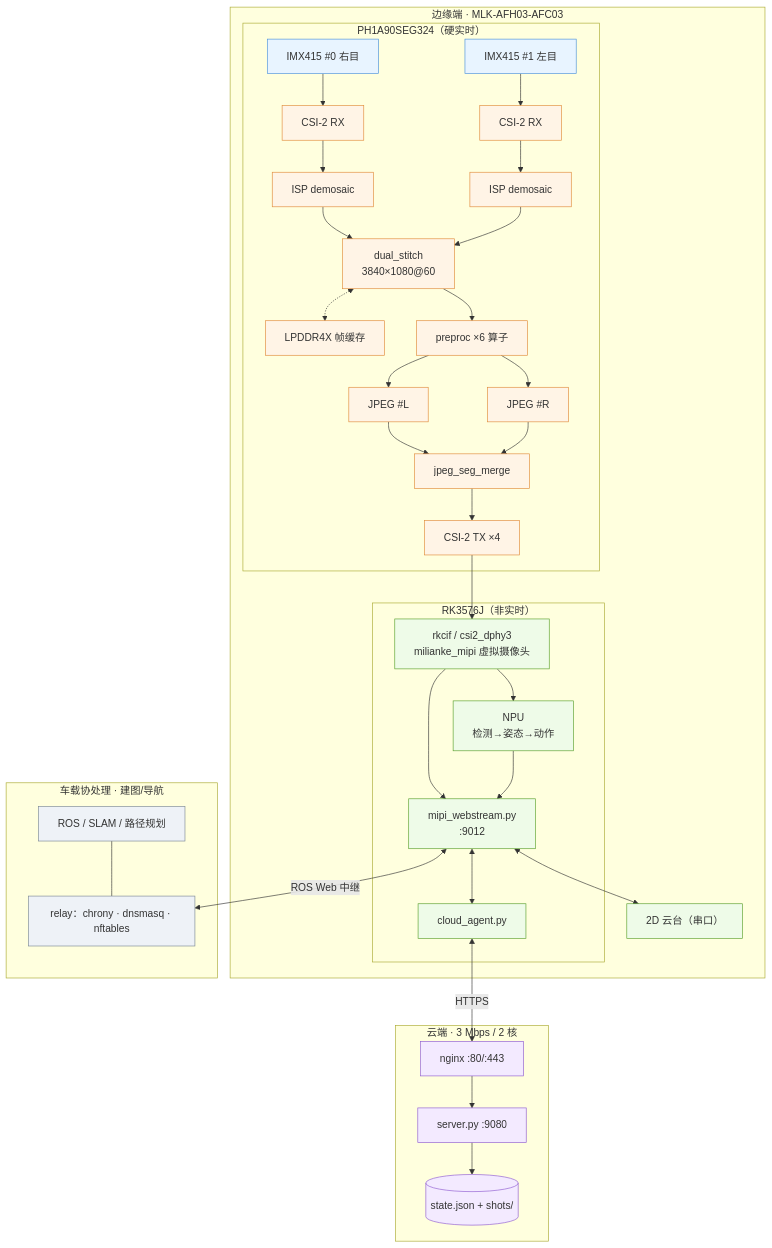
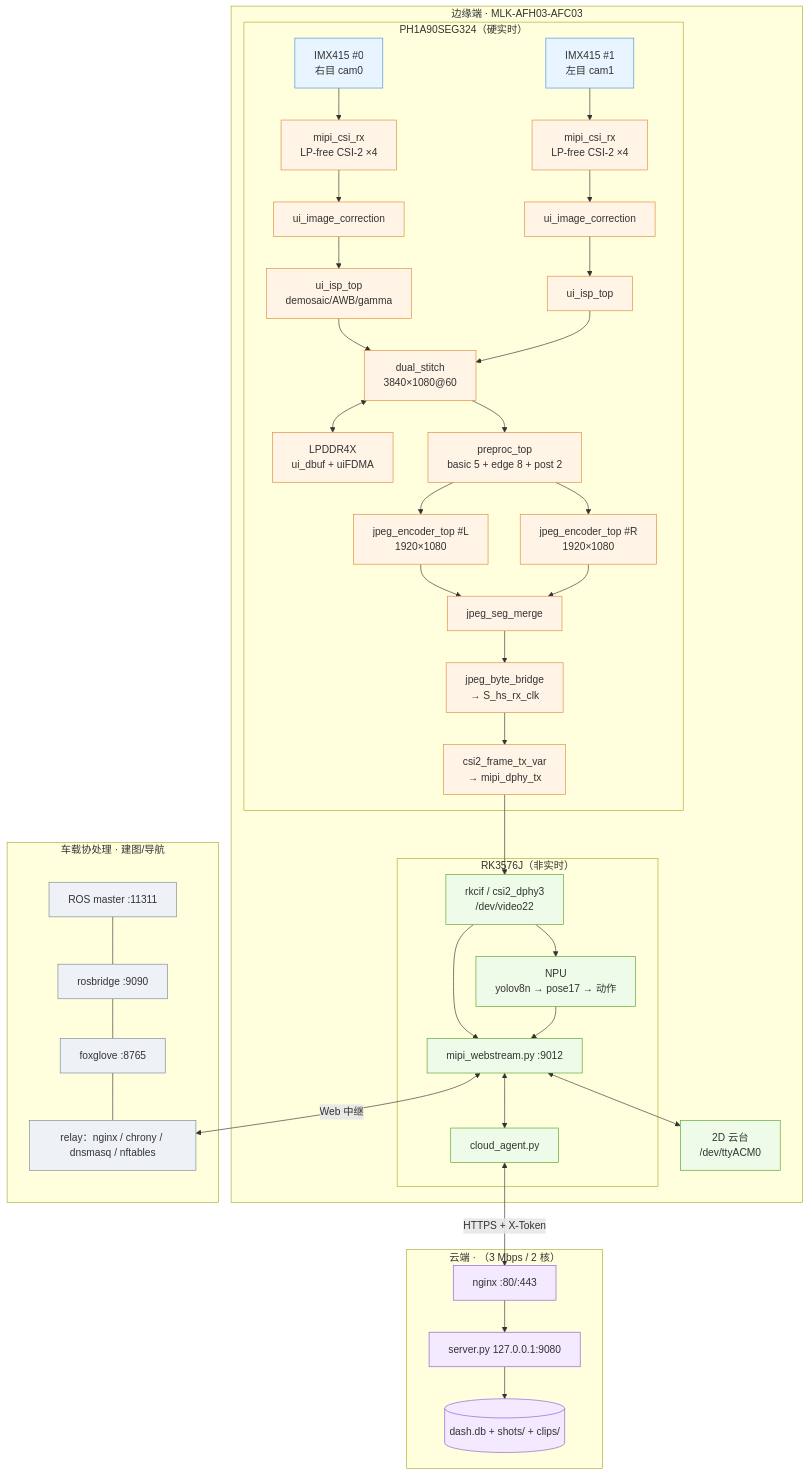
Before and after one commit to SHIKE888/CPA-Cloud-Patrol-Alarm: the diagram in README.md, drawn with Mermaid. The commit also changed other lines of this file, not shown here.

````diff
--- a/README.md
+++ b/README.md
@@ -31,45 +33,50 @@
 ```mermaid
 flowchart TB
     subgraph EDGE["边缘端 · MLK-AFH03-AFC03"]
         subgraph FP["PH1A90SEG324（硬实时）"]
-            S0["IMX415 #0 右目"]:::s --> R0["CSI-2 RX"]:::f --> I0["ISP demosaic"]:::f
-            S1["IMX415 #1 左目"]:::s --> R1["CSI-2 RX"]:::f --> I1["ISP demosaic"]:::f
-            I0 --> ST["dual_stitch<br/>3840×1080@60"]:::f
-            I1 --> ST
-            ST <-.-> DDR["LPDDR4X 帧缓存"]:::f
-            ST --> PRE["preproc ×6 算子"]:::f
-            PRE --> JL["JPEG #L"]:::f
-            PRE --> JR["JPEG #R"]:::f
+            S0["IMX415 #0<br/>右目 cam0"]:::s --> RX0["mipi_csi_rx<br/>LP-free CSI-2 ×4"]:::f
+            S1["IMX415 #1<br/>左目 cam1"]:::s --> RX1["mipi_csi_rx<br/>LP-free CSI-2 ×4"]:::f
+            RX0 --> IC0["ui_image_correction"]:::f --> ISP0["ui_isp_top<br/>demosaic/AWB/gamma"]:::f
+            RX1 --> IC1["ui_image_correction"]:::f --> ISP1["ui_isp_top"]:::f
+            ISP0 --> ST["dual_stitch<br/>3840×1080@60"]:::f
+            ISP1 --> ST
+            ST <--> DDR["LPDDR4X<br/>ui_dbuf + uiFDMA"]:::f
+            ST --> PRE["preproc_top<br/>basic 5 + edge 8 + post 2"]:::f
+            PRE --> JL["jpeg_encoder_top #L<br/>1920×1080"]:::f
+            PRE --> JR["jpeg_encoder_top #R<br/>1920×1080"]:::f
             JL --> MG["jpeg_seg_merge"]:::f
             JR --> MG
-            MG --> TX["CSI-2 TX ×4"]:::f
+            MG --> JB["jpeg_byte_bridge<br/>→ S_hs_rx_clk"]:::f
+            JB --> TX["csi2_frame_tx_var<br/>→ mipi_dphy_tx"]:::f
         end
         subgraph RK["RK3576J（非实时）"]
-            CIF["rkcif / csi2_dphy3<br/>milianke_mipi 虚拟摄像头"]:::r
-            W["mipi_webstream.py<br/>:9012"]:::r
-            NPU["NPU<br/>检测→姿态→动作"]:::r
+            CIF["rkcif / csi2_dphy3<br/>/dev/video22"]:::r
+            WS["mipi_webstream.py :9012"]:::r
+            NPU["NPU<br/>yolov8n → pose17 → 动作"]:::r
             AG["cloud_agent.py"]:::r
-            CIF --> W
-            CIF --> NPU --> W
-            W <--> AG
+            CIF --> WS
+            CIF --> NPU --> WS
+            WS <--> AG
         end
         TX --> CIF
-        GB["2D 云台（串口）"]:::r
-        W <--> GB
+        GB["2D 云台<br/>/dev/ttyACM0"]:::r
+        WS <--> GB
     end
-    subgraph CLOUD["云端 · 3 Mbps / 2 核"]
-        NG["nginx :80/:443"]:::c --> SV["server.py :9080"]:::c --> DB[("state.json + shots/")]:::c
+    subgraph CLOUD["云端 · <SERVER_DOMAIN>（3 Mbps / 2 核）"]
+        NG["nginx :80/:443"]:::c --> SV["server.py 127.0.0.1:9080"]:::c --> DB[("dash.db + shots/ + clips/")]:::c
     end
     subgraph ROBOT["车载协处理 · 建图/导航"]
-        ROS["ROS / SLAM / 路径规划"]:::o
-        RL["relay：chrony · dnsmasq · nftables"]:::o
-        ROS --- RL
+        RM["ROS master :11311"]:::o
+        RB["rosbridge :9090"]:::o
+        FG["foxglove :8765"]:::o
+        RL["relay：nginx / chrony / dnsmasq / nftables"]:::o
+        RM --- RB --- FG --- RL
     end
-    AG <-->|HTTPS| NG
-    W <-->|ROS Web 中继| RL
+    AG <-->|HTTPS + X-Token| NG
+    WS <-->|Web 中继| RL
     classDef s fill:#e8f4ff,stroke:#4a90d9
     classDef f fill:#fff4e6,stroke:#e08b3a
     classDef r fill:#eefbe8,stroke:#5aa02c
     classDef c fill:#f3eaff,stroke:#8e5bd0
     classDef o fill:#eef2f7,stroke:#7b8794
 ```
````
